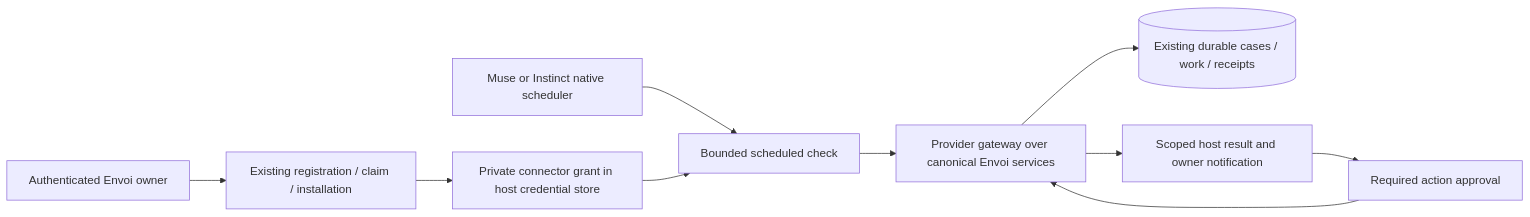
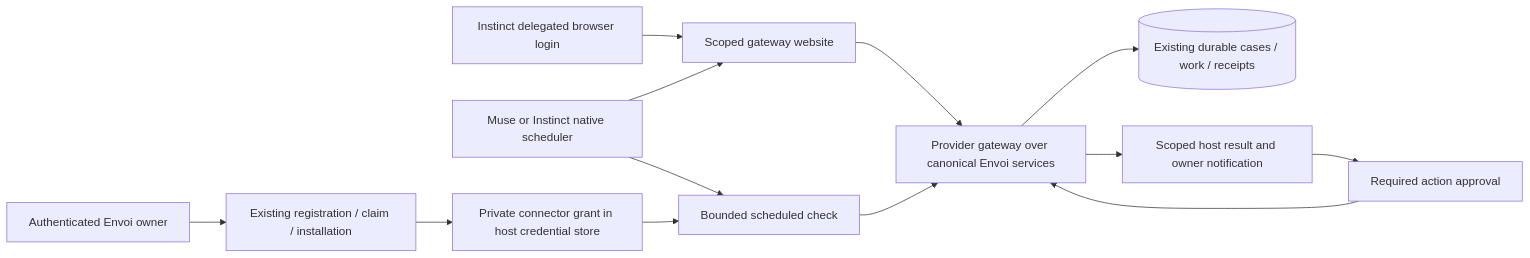
Before and after one commit to rachelgonsalves821/Envoi: the diagram in integrations/provider-gateway/ARCHITECTURE.md, drawn with Mermaid. The commit also changed other lines of this file and 1 other file, not shown here.

Commit message:
docs: add scoped browser gateway candidate with server-held credentials

````diff
--- a/integrations/provider-gateway/ARCHITECTURE.md
+++ b/integrations/provider-gateway/ARCHITECTURE.md
@@ -19,12 +21,15 @@
 ```mermaid
 flowchart LR
   O[Authenticated Envoi owner] --> R[Existing registration / claim / installation]
   R --> V[Private connector grant in host credential store]
   S[Muse or Instinct native scheduler] --> T[Bounded scheduled check]
   V --> T
+  B[Instinct delegated browser login] --> W[Scoped gateway website]
+  S --> W
+  W --> G
   T --> G[Provider gateway over canonical Envoi services]
   G --> Q[(Existing durable cases / work / receipts)]
   G --> P[Scoped host result and owner notification]
   P --> A[Required action approval]
   A --> G
 ```
````
